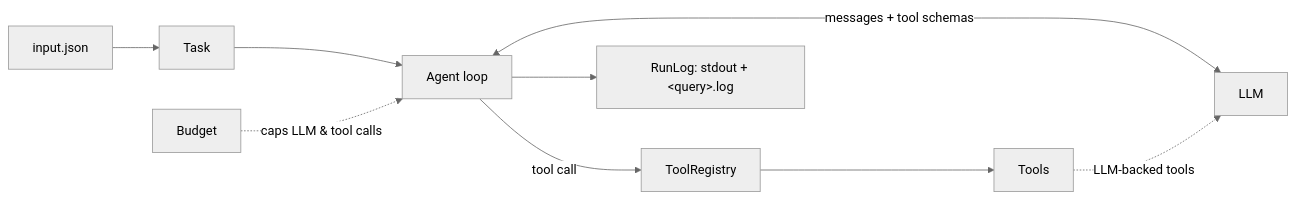
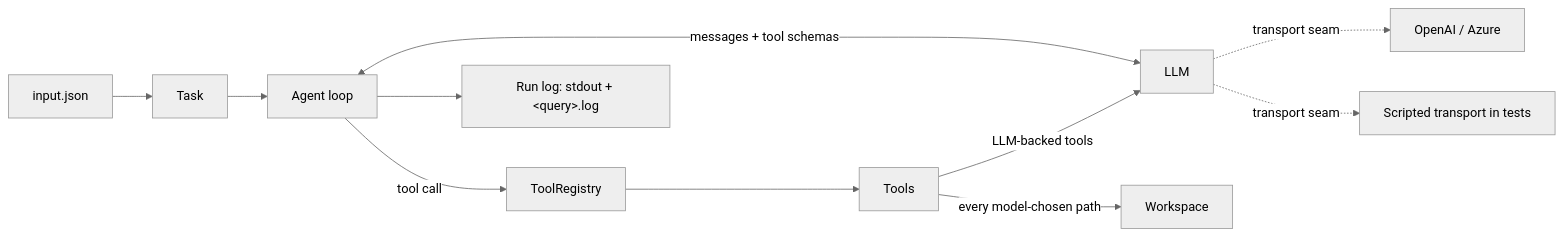
One commit to shachar-bz/llm-tool-calling-agent changed the diagram in README.md. Above: the diagram before and after it, drawn with Mermaid (neutral theme). The commit also changed other lines of this file and 5 other files, not shown here.

````diff
--- a/README.md
+++ b/README.md
@@ -36,11 +36,13 @@
 ```mermaid
 flowchart LR
     M[input.json] --> T[Task]
     T --> A[Agent loop]
     A <-->|messages + tool schemas| L[LLM]
     A -->|tool call| R[ToolRegistry]
     R --> Tools
-    Tools -.->|LLM-backed tools| L
-    A --> G[RunLog: stdout + &lt;query&gt;.log]
-    B[Budget] -.->|caps LLM & tool calls| A
+    Tools -->|LLM-backed tools| L
+    Tools -->|every model-chosen path| W[Workspace]
+    L -.->|transport seam| P[OpenAI / Azure]
+    L -.->|transport seam| S[Scripted transport in tests]
+    A --> G["Run log: stdout + &lt;query&gt;.log"]
 ```
````
